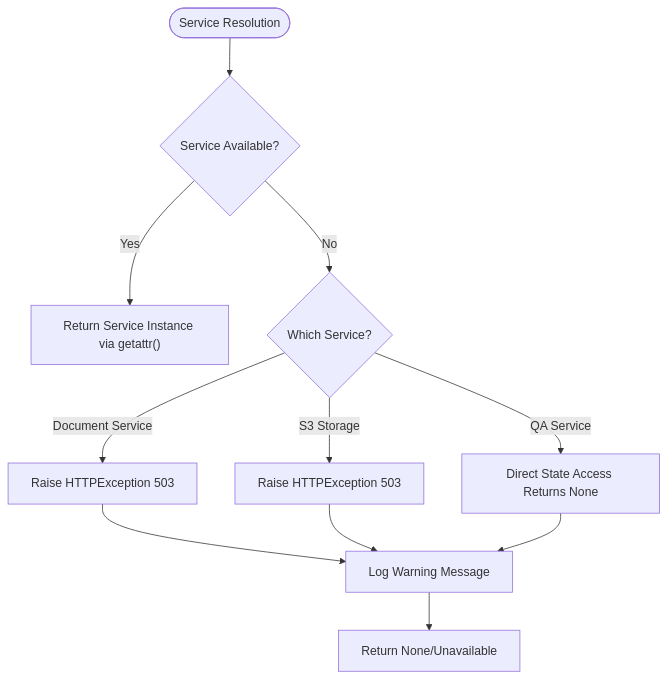
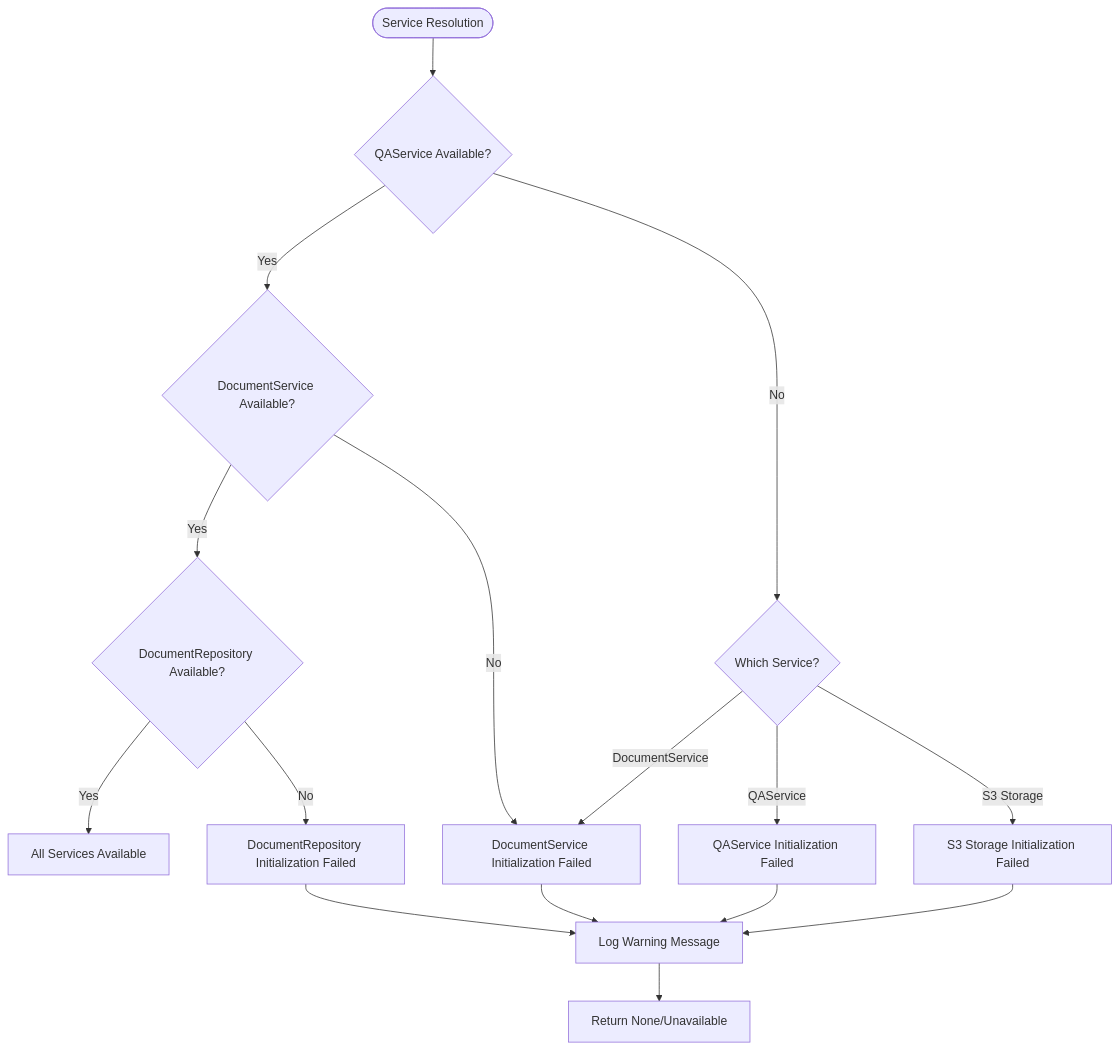
One commit to ognelis/cafetera_hr_bot changed the ninth of 9 diagrams in .qoder/repowiki/en/content/API Reference/Dependency Injection System.md. Above: the diagram before and after it, drawn with Mermaid. The commit also changed other lines of this file and 25 other files, not shown here.

````diff
--- a/.qoder/repowiki/en/content/API Reference/Dependency Injection System.md
+++ b/.qoder/repowiki/en/content/API Reference/Dependency Injection System.md
@@ -531,13 +552,18 @@
 ```mermaid
 flowchart TD
-Start([Service Resolution]) --> CheckAvailable{"Service Available?"}
-CheckAvailable --> |Yes| ReturnService["Return Service Instance via getattr()"]
-CheckAvailable --> |No| CheckType{"Which Service?"}
-CheckType --> |Document Service| RaiseDocError["Raise HTTPException 503"]
-CheckType --> |QA Service| SetToNone["Direct State Access Returns None"]
-CheckType --> |S3 Storage| RaiseS3Error["Raise HTTPException 503"]
-RaiseDocError --> LogWarning["Log Warning Message"]
-RaiseS3Error --> LogWarning
-SetToNone --> LogWarning
+Start([Service Resolution]) --> CheckQA{"QAService Available?"}
+CheckQA --> |Yes| CheckDoc{"DocumentService Available?"}
+CheckQA --> |No| CheckType{"Which Service?"}
+CheckDoc --> |Yes| CheckRepo{"DocumentRepository Available?"}
+CheckDoc --> |No| ErrorDoc["DocumentService Initialization Failed"]
+CheckRepo --> |Yes| Success["All Services Available"]
+CheckRepo --> |No| ErrorRepo["DocumentRepository Initialization Failed"]
+CheckType --> |DocumentService| ErrorDoc
+CheckType --> |QAService| ErrorQA["QAService Initialization Failed"]
+CheckType --> |S3 Storage| ErrorS3["S3 Storage Initialization Failed"]
+ErrorDoc --> LogWarning["Log Warning Message"]
+ErrorQA --> LogWarning
+ErrorS3 --> LogWarning
+ErrorRepo --> LogWarning
 LogWarning --> ReturnNone["Return None/Unavailable"]
 ```
````
